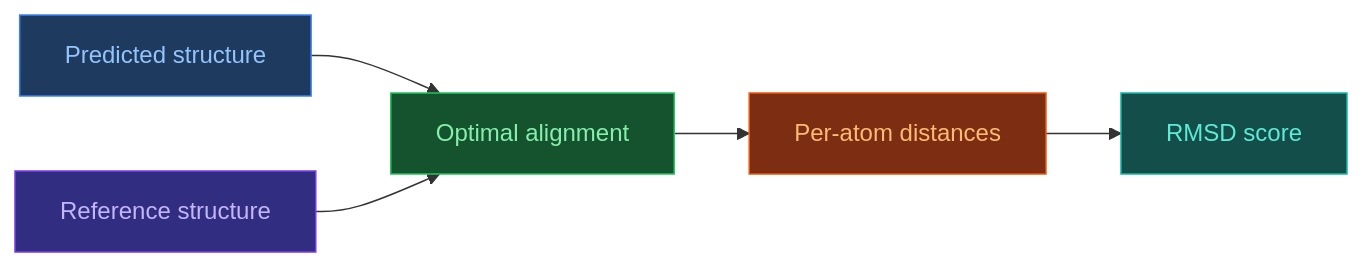
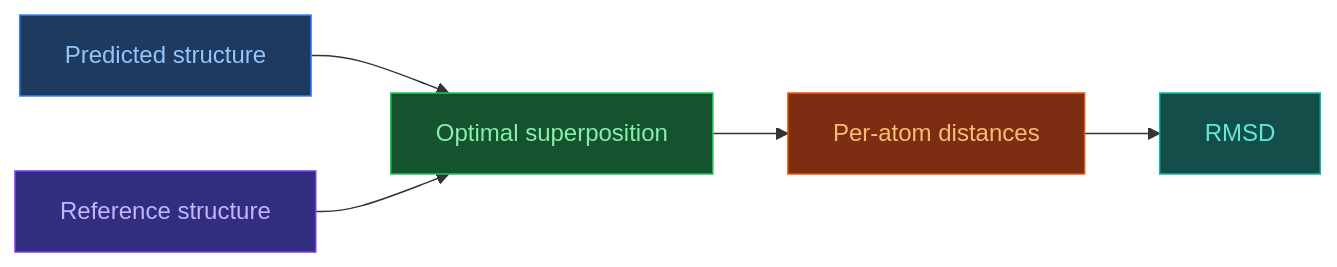
Before and after one commit to OlehVolkov/AlphaFold3-AIGen-KnowledgeBase: the diagram in EN/2. Concepts/2.3. Structural-Bioinformatics/2.3.1. RMSD.md, drawn with Mermaid. The commit also changed other lines of this file and 33 other files, not shown here.

````diff
--- a/EN/2. Concepts/2.3. Structural-Bioinformatics/2.3.1. RMSD.md
+++ b/EN/2. Concepts/2.3. Structural-Bioinformatics/2.3.1. RMSD.md
@@ -21,14 +41,14 @@
 ```mermaid
 flowchart LR
-    P[Predicted structure]:::input --> A[Optimal alignment]:::diffusion
-    R[Reference structure]:::trunk --> A
-    A --> D[Per-atom distances]:::confidence
-    D --> S[RMSD score]:::output
+    P["Predicted structure"]:::input --> A["Optimal superposition"]:::diffusion
+    R["Reference structure"]:::trunk --> A
+    A --> D["Per-atom distances"]:::confidence
+    D --> S["RMSD"]:::output
 
     classDef input fill:#1e3a5f,stroke:#3b82f6,color:#93c5fd
     classDef trunk fill:#312e81,stroke:#7c3aed,color:#c4b5fd
     classDef diffusion fill:#14532d,stroke:#22c55e,color:#86efac
     classDef confidence fill:#7c2d12,stroke:#ea580c,color:#fdba74
     classDef output fill:#134e4a,stroke:#14b8a6,color:#5eead4
     classDef neutral fill:#1e293b,stroke:#475569,color:#94a3b8
 ```
````
